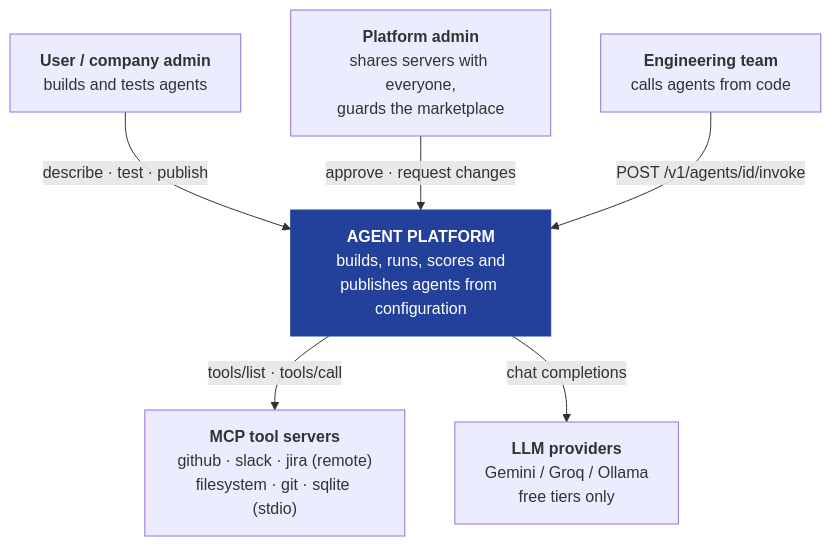
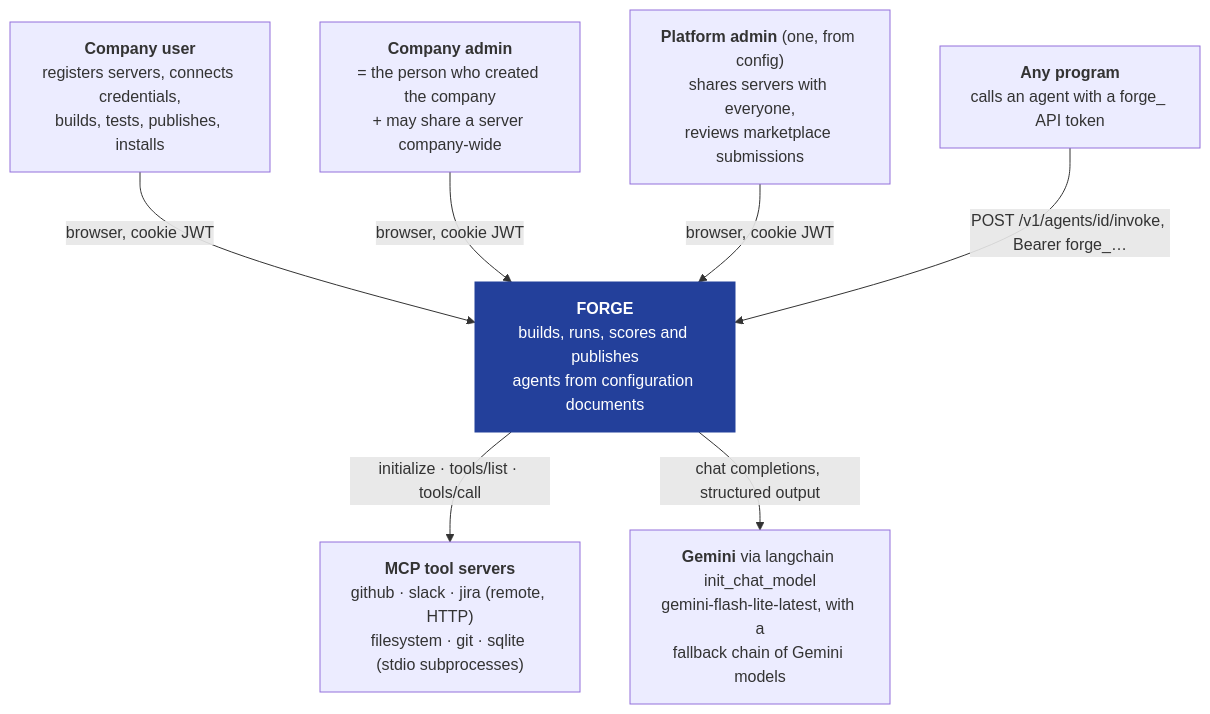
Before and after one commit to Shivanilarokar/AgentPlatformCapstone: the first of 15 diagrams in docs/DESIGN.md, drawn with Mermaid. The commit also changed other lines of this file and 44 other files, not shown here.

Commit message:
Builder says what the registry lacks; company admin shares servers; readable *_by columns; sign-up create/join; docs and report as built

````diff
--- a/docs/DESIGN.md
+++ b/docs/DESIGN.md
@@ -22,19 +21,20 @@
 ```mermaid
 graph TB
-    MEM["<b>User / company admin</b><br/>builds and tests agents"]
-    ADM["<b>Platform admin</b><br/>shares servers with everyone,<br/>guards the marketplace"]
-    DEV["<b>Engineering team</b><br/>calls agents from code"]
+    USR["<b>Company user</b><br/>registers servers, connects credentials,<br/>builds, tests, publishes, installs"]
+    CADM["<b>Company admin</b><br/>= the person who created the company<br/>+ may share a server company-wide"]
+    PADM["<b>Platform admin</b> (one, from config)<br/>shares servers with everyone,<br/>reviews marketplace submissions"]
+    DEV["<b>Any program</b><br/>calls an agent with a forge_ API token"]
 
-    SYS["<b>AGENT PLATFORM</b><br/>builds, runs, scores and<br/>publishes agents from configuration"]
+    SYS["<b>FORGE</b><br/>builds, runs, scores and publishes<br/>agents from configuration documents"]
 
-    MCP["<b>MCP tool servers</b><br/>github · slack · jira (remote)<br/>filesystem · git · sqlite (stdio)"]
-    LLM["<b>LLM providers</b><br/>Gemini / Groq / Ollama<br/>free tiers only"]
+    MCP["<b>MCP tool servers</b><br/>github · slack · jira (remote, HTTP)<br/>filesystem · git · sqlite (stdio subprocesses)"]
+    LLM["<b>Gemini</b> via langchain init_chat_model<br/>gemini-flash-lite-latest, with a<br/>fallback chain of Gemini models"]
 
-    MEM -->|"describe · test · publish"| SYS
-    ADM -->|"approve · request changes"| SYS
-    DEV -->|"POST /v1/agents/id/invoke"| SYS
-    SYS -->|"tools/list · tools/call"| MCP
-    SYS -->|"chat completions"| LLM
-
+    USR -->|"browser, cookie JWT"| SYS
+    CADM -->|"browser, cookie JWT"| SYS
+    PADM -->|"browser, cookie JWT"| SYS
+    DEV -->|"POST /v1/agents/id/invoke, Bearer forge_…"| SYS
+    SYS -->|"initialize · tools/list · tools/call"| MCP
+    SYS -->|"chat completions, structured output"| LLM
     style SYS fill:#23409B,color:#fff,stroke:#23409B
 ```
````
